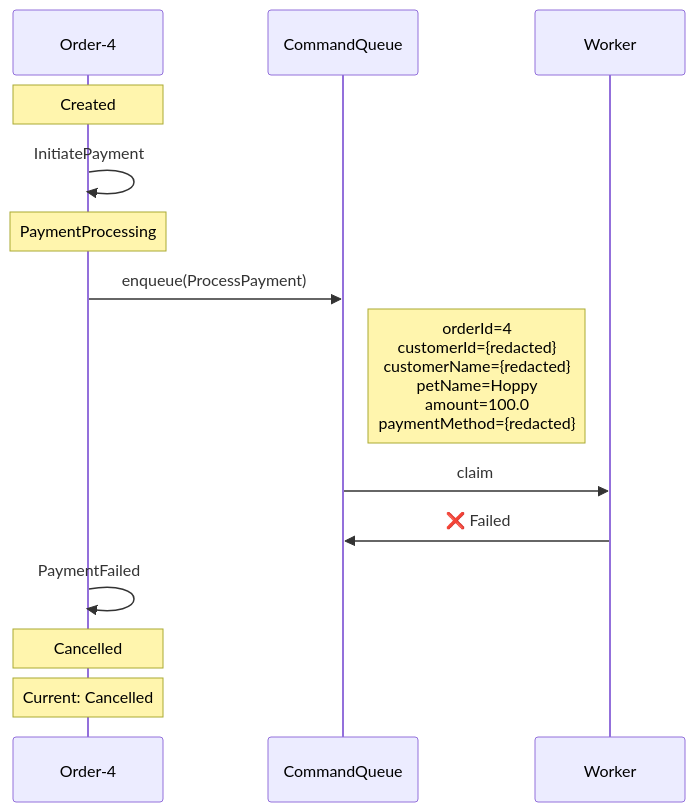
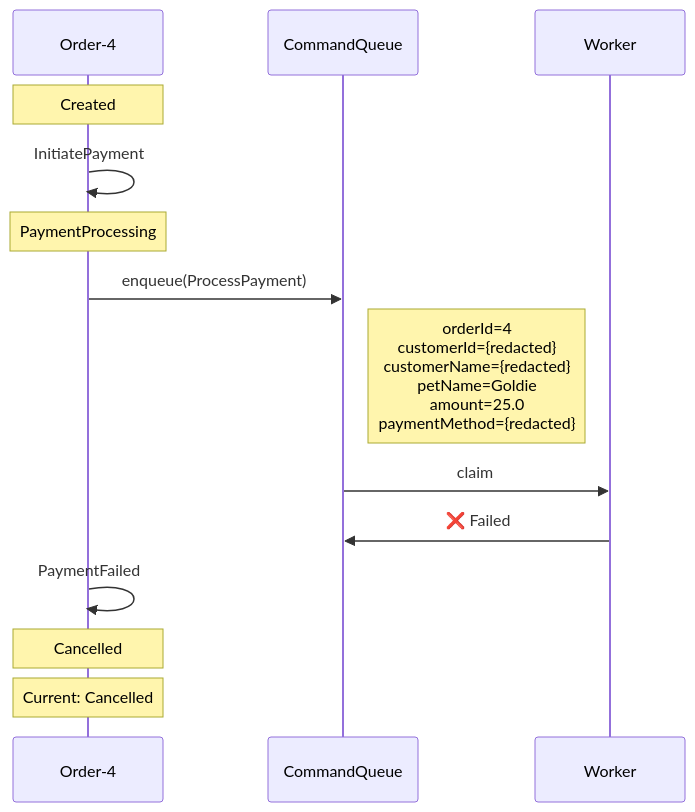
The first of 3 diagrams in docs/visualizations/order-4-trace.md (Iterable/mechanoid), drawn with Mermaid before and after one commit. The commit also changed 16 other files, not shown here.

````diff
--- a/docs/visualizations/order-4-trace.md
+++ b/docs/visualizations/order-4-trace.md
@@ -11,18 +11,18 @@
 ```mermaid
 %%{init: {'themeCSS': '.noteText { text-align: left !important; }'}}%%
 sequenceDiagram
     participant FSM as Order-4
     participant CQ as CommandQueue
     participant W as Worker
 
     Note over FSM: Created
     FSM->>FSM: InitiatePayment
     Note over FSM: PaymentProcessing
     FSM->>CQ: enqueue(ProcessPayment)
-    Note right of CQ: orderId=4<br/>customerId={redacted}<br/>customerName={redacted}<br/>petName=Hoppy<br/>amount=100.0<br/>paymentMethod={redacted}
+    Note right of CQ: orderId=4<br/>customerId={redacted}<br/>customerName={redacted}<br/>petName=Goldie<br/>amount=25.0<br/>paymentMethod={redacted}
     CQ->>W: claim
     W->>CQ: ❌ Failed
     FSM->>FSM: PaymentFailed
     Note over FSM: Cancelled
     Note over FSM: Current: Cancelled
 ```
````
